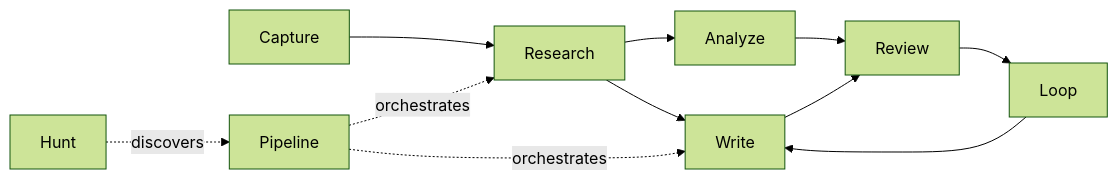
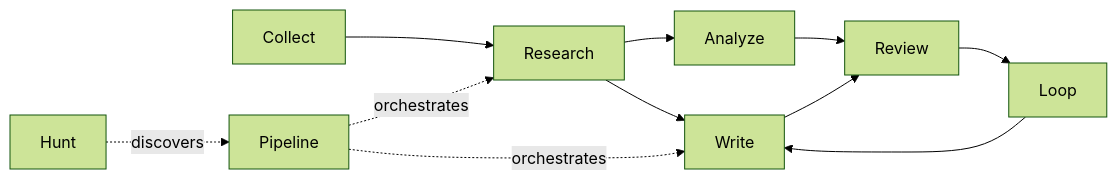
The first of 3 diagrams in README.ko.md (unclejobs-ai/second-claude-code), drawn with Mermaid (forest theme) before and after one commit. The commit also changed other lines of this file and 24 other files, not shown here.

First line of the commit message:
feat: rename capture skill to collect + dual output format

````diff
--- a/README.ko.md
+++ b/README.ko.md
@@ -24,13 +24,13 @@
 ```mermaid
 graph LR
     Research --> Write
     Research --> Analyze
     Analyze --> Review
     Write --> Review
     Review --> Loop
     Loop --> Write
-    Capture --> Research
+    Collect --> Research
     Pipeline -.->|orchestrates| Research
     Pipeline -.->|orchestrates| Write
     Hunt -.->|discovers| Pipeline
 ```
````
